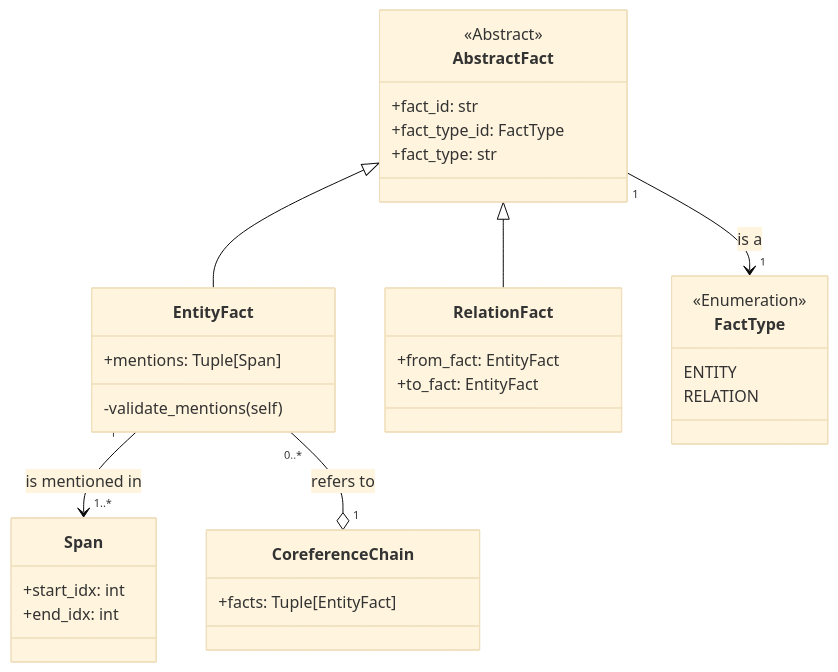
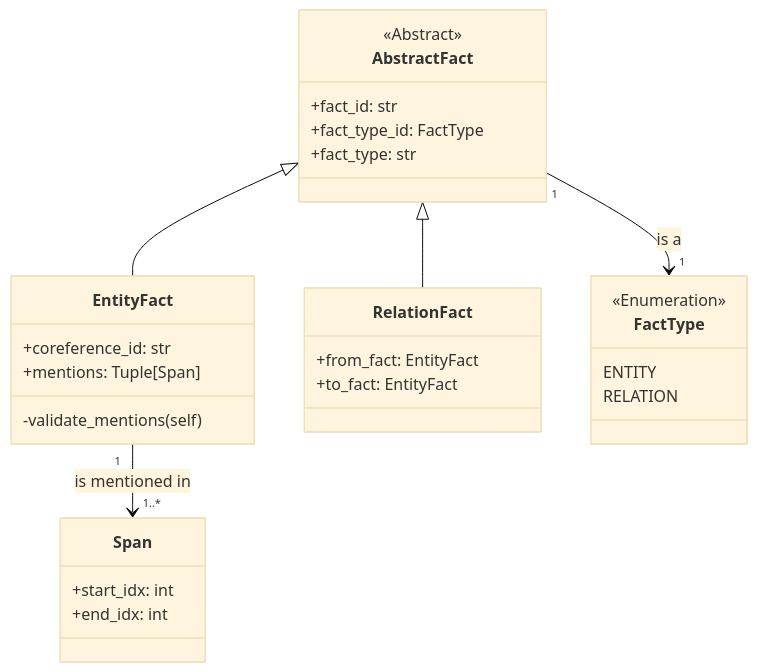
One commit to phos-phophy/creed changed the second of 4 diagrams in README.md. Above: the diagram before and after it, drawn with Mermaid (base theme). The commit also changed other lines of this file and 2 other files, not shown here.

````diff
--- a/README.md
+++ b/README.md
@@ -73,42 +73,38 @@
 ```mermaid
 classDiagram
 direction TB
 
    AbstractFact <|-- EntityFact
    AbstractFact <|-- RelationFact
    EntityFact "1" --> "1..*" Span : is mentioned in
    AbstractFact "1" --> "1" FactType : is a
-   EntityFact "0..*" --o "1" CoreferenceChain : refers to
    
    class Span:::rect{
       +start_idx: int
       +end_idx: int
    }
    
    class FactType{
       <<Enumeration>>
       ENTITY
       RELATION
    }
 
    class AbstractFact{
       <<Abstract>> 
       +fact_id: str
       +fact_type_id: FactType
       +fact_type: str
    }
    
    class EntityFact{
+      +coreference_id: str
       +mentions: Tuple[Span]
       -validate_mentions(self)
    }
    
    class RelationFact{
       +from_fact: EntityFact
       +to_fact: EntityFact
    }
-   
-   class CoreferenceChain{
-      +facts: Tuple[EntityFact]
-   }
 ```
````
